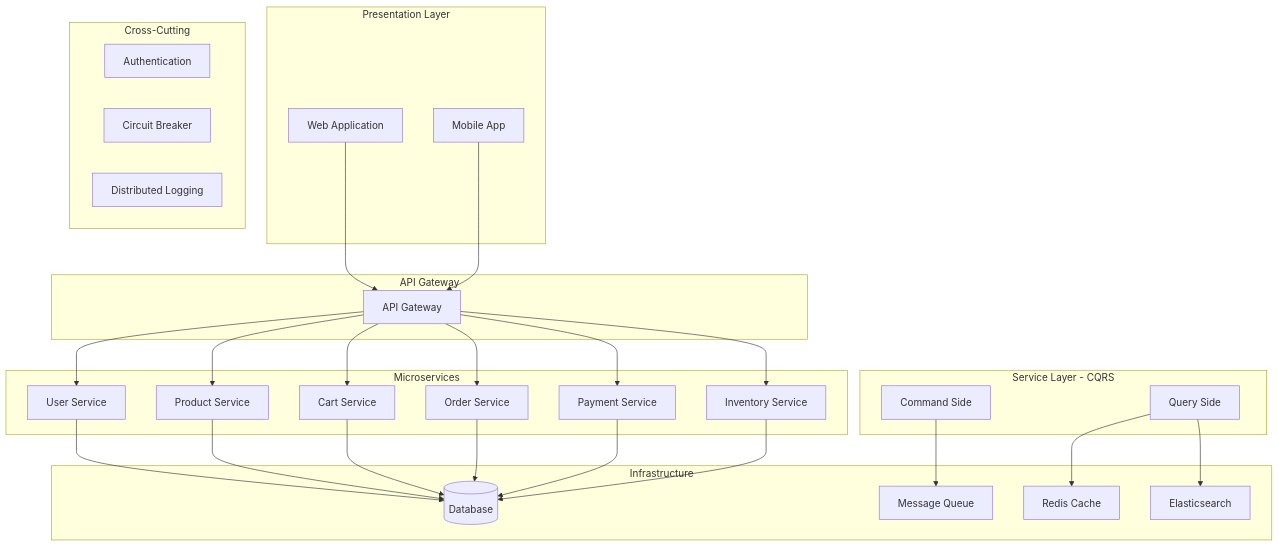
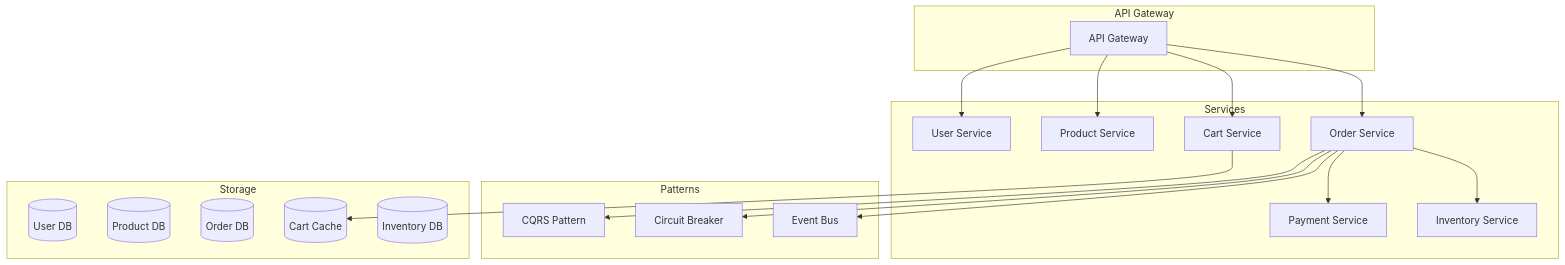
Before and after one commit to javaengineeringacademy/java-engineering-academy: the first of 2 diagrams in 01-programming-languages/Java/02-oop/33-mini-projects/enterprise/e-commerce-platform/README.md, drawn with Mermaid. The commit also changed other lines of this file and 48 other files, not shown here.

First line of the commit message:
fix: final polish for 10/10 - split long READMEs, fix duplicates, add diagrams

````diff
--- a/01-programming-languages/Java/02-oop/33-mini-projects/enterprise/e-commerce-platform/README.md
+++ b/01-programming-languages/Java/02-oop/33-mini-projects/enterprise/e-commerce-platform/README.md
@@ -46,58 +46,40 @@
 ```mermaid
 graph TB
     subgraph API Gateway
         Gateway[API Gateway]
     end
     
-    subgraph Presentation Layer
-        WebApp[Web Application]
-        MobileApp[Mobile App]
+    subgraph Services
+        UserService[User Service]
+        ProductService[Product Service]
+        CartService[Cart Service]
+        OrderService[Order Service]
+        PaymentService[Payment Service]
+        InventoryService[Inventory Service]
     end
     
-    subgraph Service Layer - CQRS
-        CommandSide[Command Side]
-        QuerySide[Query Side]
+    subgraph Patterns
+        CQRS[CQRS Pattern]
+        CircuitBreaker[Circuit Breaker]
+        EventBus[Event Bus]
     end
     
-    subgraph Microservices
-        US[User Service]
-        PS[Product Service]
-        CS[Cart Service]
-        OS[Order Service]
-        PayS[Payment Service]
-        IS[Inventory Service]
+    subgraph Storage
+        UserDB[(User DB)]
+        ProductDB[(Product DB)]
+        OrderDB[(Order DB)]
+        CartCache[(Cart Cache)]
+        InventoryDB[(Inventory DB)]
     end
     
-    subgraph Infrastructure
-        Cache[Redis Cache]
-        Queue[Message Queue]
-        DB[(Database)]
-        Search[Elasticsearch]
-    end
-    
-    subgraph Cross-Cutting
-        Auth[Authentication]
-        Circuit[Circuit Breaker]
-        Log[Distributed Logging]
-    end
-    
-    WebApp --> Gateway
-    MobileApp --> Gateway
-    Gateway --> US
-    Gateway --> PS
-    Gateway --> CS
-    Gateway --> OS
-    Gateway --> PayS
-    Gateway --> IS
-    
-    CommandSide --> Queue
-    QuerySide --> Cache
-    QuerySide --> Search
-    
-    US --> DB
-    PS --> DB
-    CS --> DB
-    OS --> DB
-    PayS --> DB
-    IS --> DB
+    Gateway --> UserService
+    Gateway --> ProductService
+    Gateway --> CartService
+    Gateway --> OrderService
+    OrderService --> CQRS
+    OrderService --> CircuitBreaker
+    OrderService --> EventBus
+    OrderService --> PaymentService
+    OrderService --> InventoryService
+    CartService --> CartCache
 ```
````
